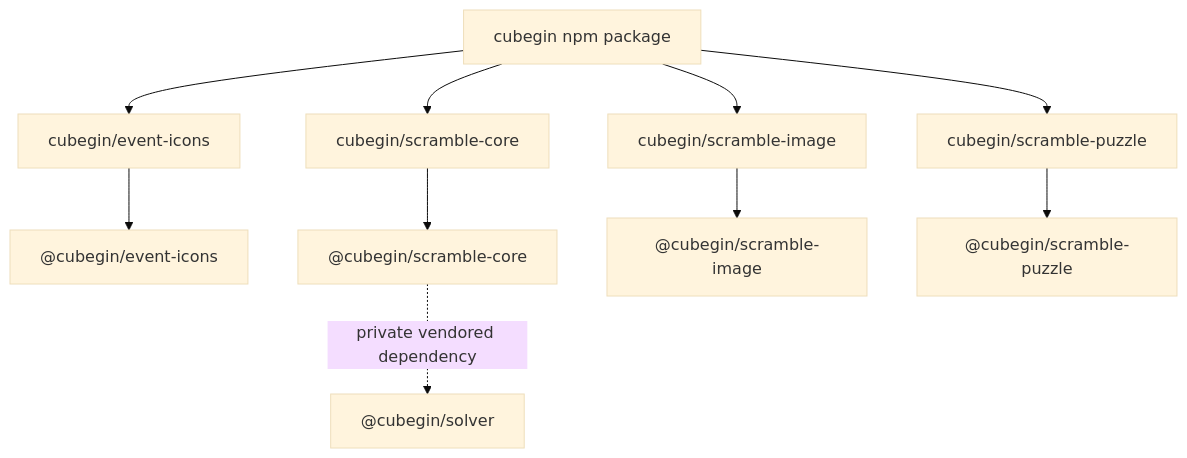
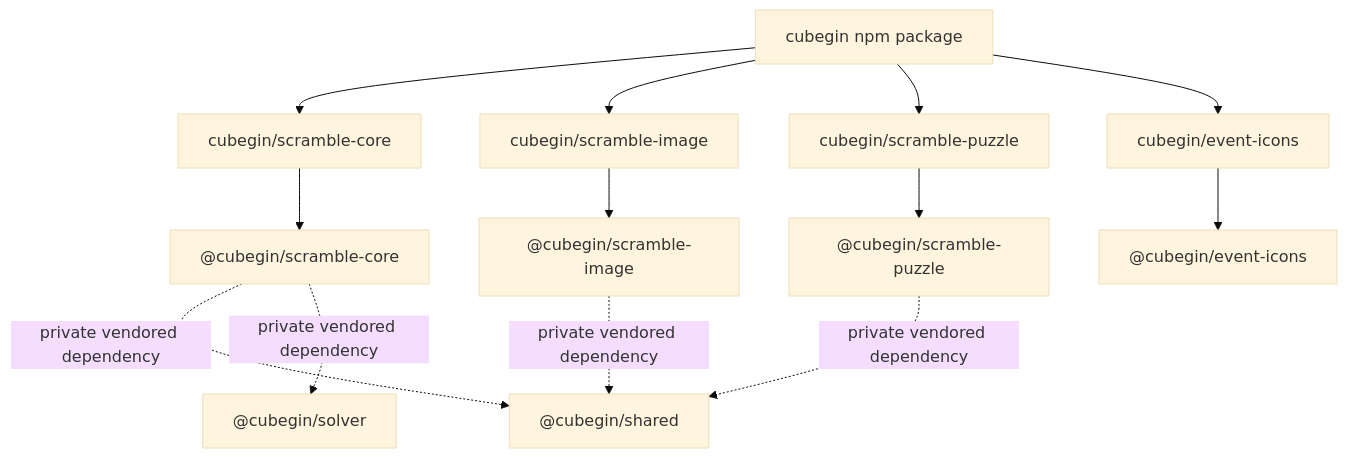
One commit to deweyou/cube-kit changed the diagram in docs/packages/core/index.md. Above: the diagram before and after it, drawn with Mermaid (base theme). The commit also changed 67 other files, not shown here.

````diff
--- a/docs/packages/core/index.md
+++ b/docs/packages/core/index.md
@@ -3,12 +3,15 @@
 ```mermaid
 flowchart TD
     Core["cubegin npm package"] --> ScrambleCore["cubegin/scramble-core"]
     Core --> ScrambleImage["cubegin/scramble-image"]
     Core --> ScramblePuzzle["cubegin/scramble-puzzle"]
     Core --> EventIcons["cubegin/event-icons"]
     EventIcons --> EventIconsPkg["@cubegin/event-icons"]
     ScrambleCore --> CorePkg["@cubegin/scramble-core"]
     ScrambleImage --> ImagePkg["@cubegin/scramble-image"]
     ScramblePuzzle --> PuzzlePkg["@cubegin/scramble-puzzle"]
+    CorePkg -. private vendored dependency .-> SharedPkg["@cubegin/shared"]
+    ImagePkg -. private vendored dependency .-> SharedPkg
+    PuzzlePkg -. private vendored dependency .-> SharedPkg
     CorePkg -. private vendored dependency .-> SolverPkg["@cubegin/solver"]
 ```
````
